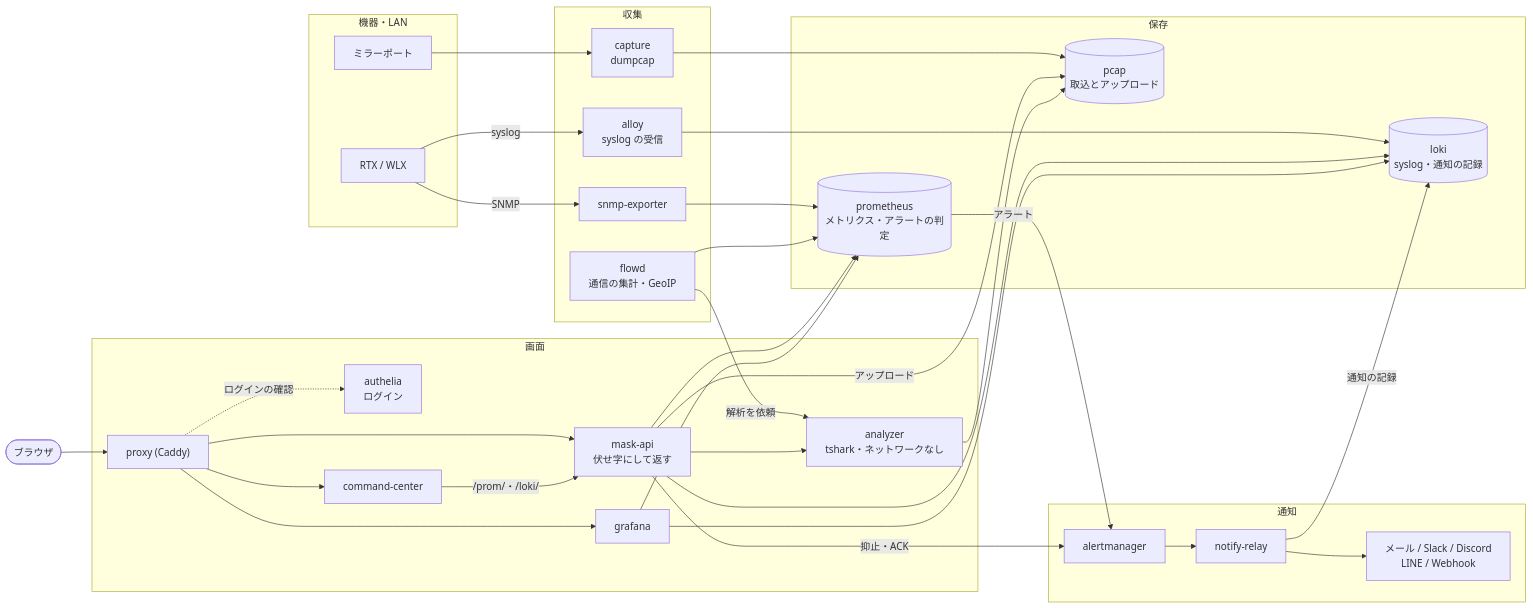
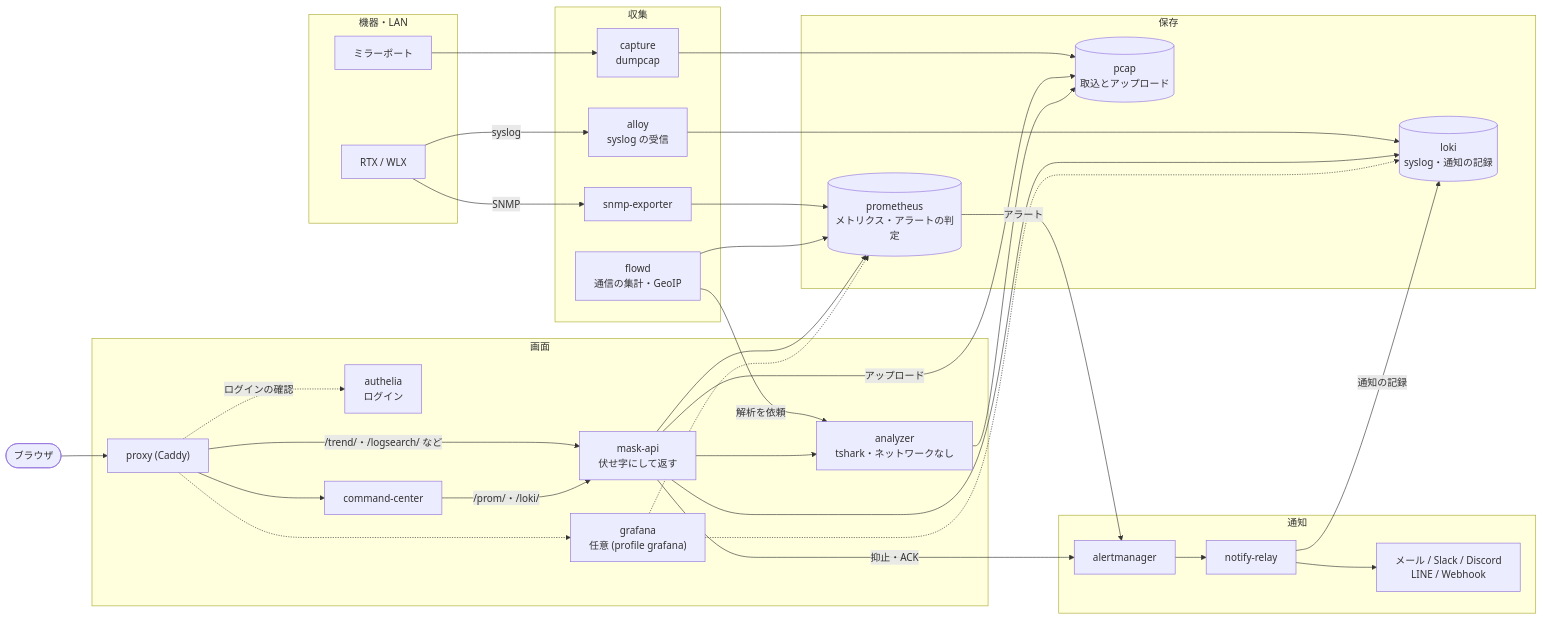
Before and after one commit to c-ardinal/GeoFront-NW: the diagram in README.md, drawn with Mermaid. The commit also changed other lines of this file and 1 other file, not shown here.

First line of the commit message:
docs: describe F1 (trends, log search, optional Grafana) in README and architecture

````diff
--- a/README.md
+++ b/README.md
@@ -20,60 +23,60 @@
 ```mermaid
 flowchart LR
   subgraph SRC["機器・LAN"]
     DEV["RTX / WLX"]
     MIR["ミラーポート"]
   end
 
   subgraph COL["収集"]
     SNMP["snmp-exporter"]
     ALLOY["alloy<br/>syslog の受信"]
     CAP["capture<br/>dumpcap"]
     FLOWD["flowd<br/>通信の集計・GeoIP"]
   end
 
   subgraph STORE["保存"]
     PROM[("prometheus<br/>メトリクス・アラートの判定")]
     LOKI[("loki<br/>syslog・通知の記録")]
     PCAP[("pcap<br/>取込とアップロード")]
   end
 
   subgraph ALERT["通知"]
     AM["alertmanager"]
     RELAY["notify-relay"]
     EXT["メール / Slack / Discord<br/>LINE / Webhook"]
   end
 
   subgraph WEB["画面"]
     PROXY["proxy (Caddy)"]
     AUTH["authelia<br/>ログイン"]
     CC["command-center"]
     MASK["mask-api<br/>伏せ字にして返す"]
     ANA["analyzer<br/>tshark・ネットワークなし"]
-    GRAF["grafana"]
+    GRAF["grafana<br/>任意 (profile grafana)"]
   end
 
   USER(["ブラウザ"])
 
   DEV -- "SNMP" --> SNMP --> PROM
   DEV -- "syslog" --> ALLOY --> LOKI
   MIR --> CAP --> PCAP
   FLOWD -- "解析を依頼" --> ANA
   FLOWD --> PROM
   PROM -- "アラート" --> AM --> RELAY --> EXT
   RELAY -- "通知の記録" --> LOKI
 
   USER --> PROXY
   PROXY -. "ログインの確認" .-> AUTH
   PROXY --> CC
-  PROXY --> MASK
-  PROXY --> GRAF
+  PROXY -- "/trend/・/logsearch/ など" --> MASK
+  PROXY -.-> GRAF
   CC -- "/prom/・/loki/" --> MASK
   MASK --> PROM
   MASK --> LOKI
   MASK -- "抑止・ACK" --> AM
   MASK --> ANA
   MASK -- "アップロード" --> PCAP
   ANA --> PCAP
-  GRAF --> PROM
-  GRAF --> LOKI
+  GRAF -.-> PROM
+  GRAF -.-> LOKI
 ```
````
